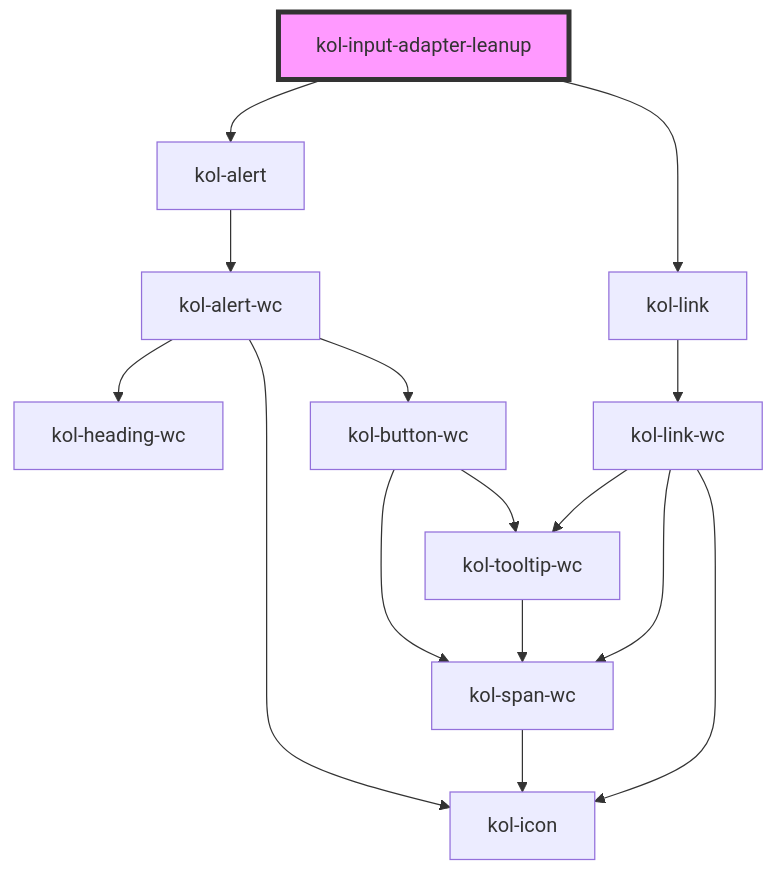
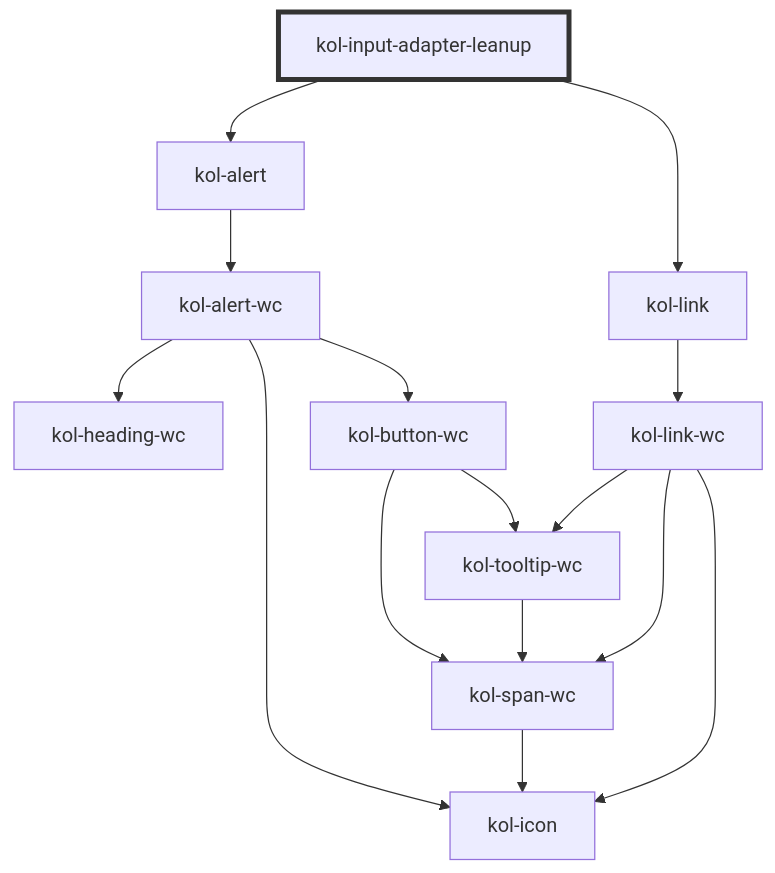
One commit to public-ui/kolibri changed the diagram in packages/components/src/components/input-adapter-leanup/readme.md. Above: the diagram before and after it, drawn with Mermaid. The commit also changed 372 other files, not shown here.

````diff
--- a/packages/components/src/components/input-adapter-leanup/readme.md
+++ b/packages/components/src/components/input-adapter-leanup/readme.md
@@ -16,18 +16,18 @@
 ```mermaid
 graph TD;
   kol-input-adapter-leanup --> kol-alert
   kol-input-adapter-leanup --> kol-link
   kol-alert --> kol-alert-wc
   kol-alert-wc --> kol-heading-wc
   kol-alert-wc --> kol-button-wc
   kol-alert-wc --> kol-icon
   kol-button-wc --> kol-span-wc
   kol-button-wc --> kol-tooltip-wc
   kol-span-wc --> kol-icon
   kol-tooltip-wc --> kol-span-wc
   kol-link --> kol-link-wc
   kol-link-wc --> kol-span-wc
   kol-link-wc --> kol-icon
   kol-link-wc --> kol-tooltip-wc
-  style kol-input-adapter-leanup fill:#f9f,stroke:#333,stroke-width:4px
+  style kol-input-adapter-leanup stroke:#333,stroke-width:4px
 ```
````
